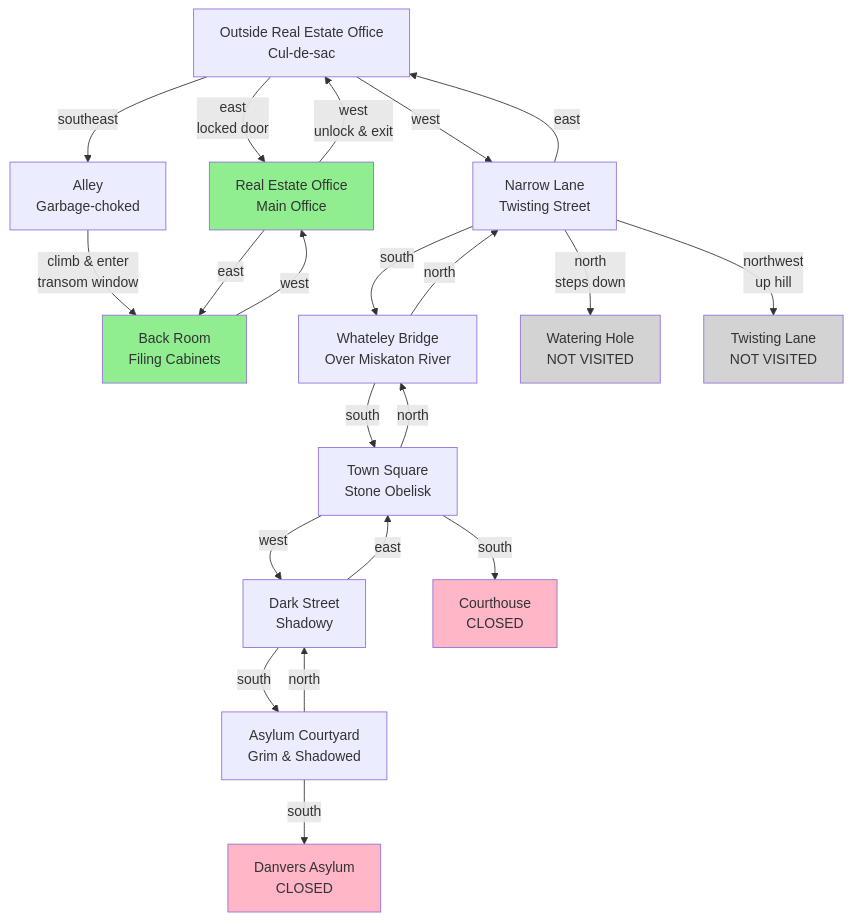
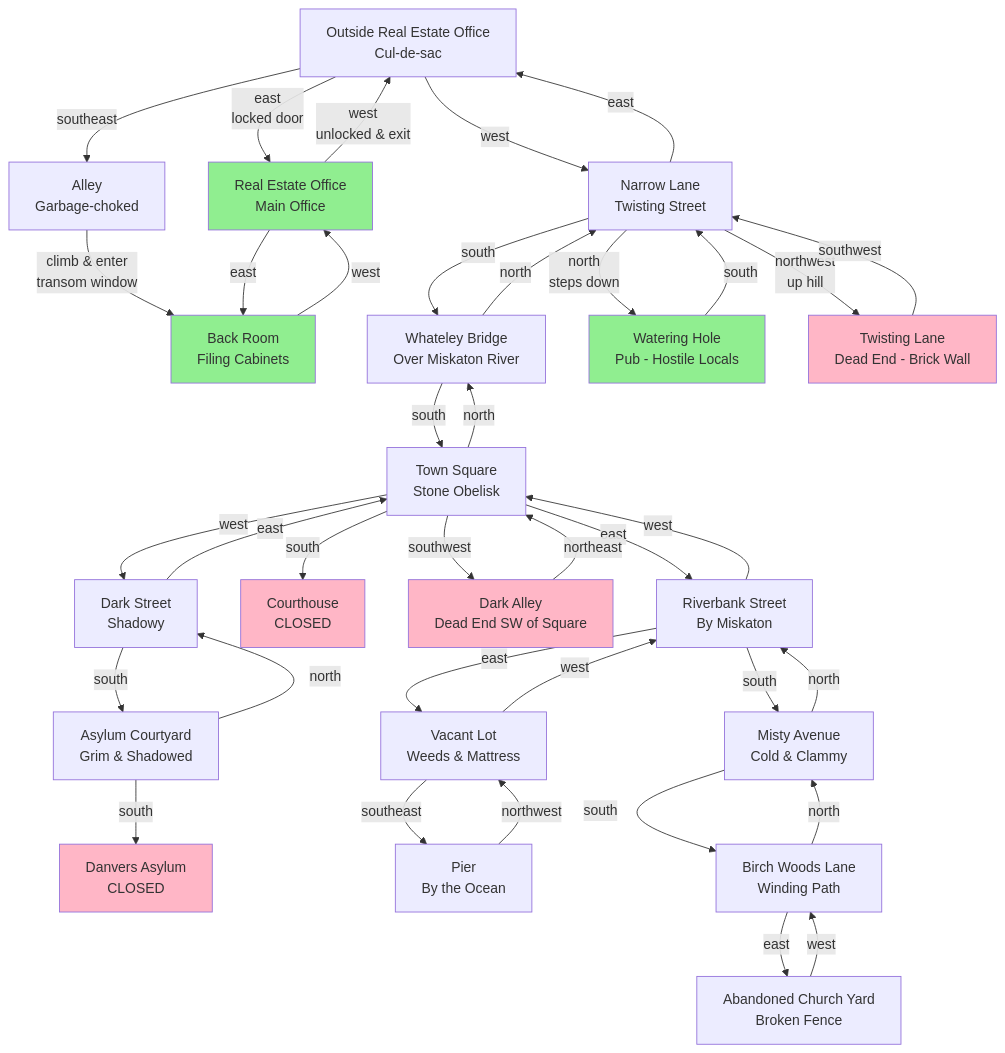
Before and after one commit to pixelbadger/claude_anchorhead: the diagram in MAP.md, drawn with Mermaid. The commit also changed other lines of this file, not shown here.

````diff
--- a/MAP.md
+++ b/MAP.md
@@ -17,8 +17,15 @@
     I[Asylum Courtyard<br/>Grim & Shadowed]
     J[Danvers Asylum<br/>CLOSED]
     K[Courthouse<br/>CLOSED]
-    L[Watering Hole<br/>NOT VISITED]
-    M[Twisting Lane<br/>NOT VISITED]
+    L[Watering Hole<br/>Pub - Hostile Locals]
+    M[Twisting Lane<br/>Dead End - Brick Wall]
+    N[Dark Alley<br/>Dead End SW of Square]
+    O[Riverbank Street<br/>By Miskaton]
+    P[Vacant Lot<br/>Weeds & Mattress]
+    Q[Pier<br/>By the Ocean]
+    R[Misty Avenue<br/>Cold & Clammy]
+    S[Birch Woods Lane<br/>Winding Path]
+    T[Abandoned Church Yard<br/>Broken Fence]
 
     A -->|east<br/>locked door| D
     A -->|west| E
@@ -29,12 +36,16 @@
     C -->|west| D
 
     D -->|east| C
-    D -->|west<br/>unlock & exit| A
+    D -->|west<br/>unlocked & exit| A
 
     E -->|east| A
     E -->|south| F
     E -->|north<br/>steps down| L
     E -->|northwest<br/>up hill| M
+
+    M -->|southwest| E
+
+    L -->|south| E
 
     F -->|north| E
     F -->|south| G
@@ -42,6 +53,10 @@
     G -->|north| F
     G -->|south| K
     G -->|west| H
+    G -->|east| O
+    G -->|southwest| N
+
+    N -->|northeast| G
 
     H -->|east| G
     H -->|south| I
@@ -49,10 +64,28 @@
     I -->|north| H
     I -->|south| J
 
+    O -->|west| G
+    O -->|east| P
+    O -->|south| R
+
+    P -->|west| O
+    P -->|southeast| Q
+
+    Q -->|northwest| P
+
+    R -->|north| O
+    R -->|south| S
+
+    S -->|north| R
+    S -->|east| T
+
+    T -->|west| S
+
     style C fill:#90EE90
     style D fill:#90EE90
+    style L fill:#90EE90
     style J fill:#FFB6C6
     style K fill:#FFB6C6
-    style L fill:#D3D3D3
-    style M fill:#D3D3D3
+    style M fill:#FFB6C6
+    style N fill:#FFB6C6
 ```
````
